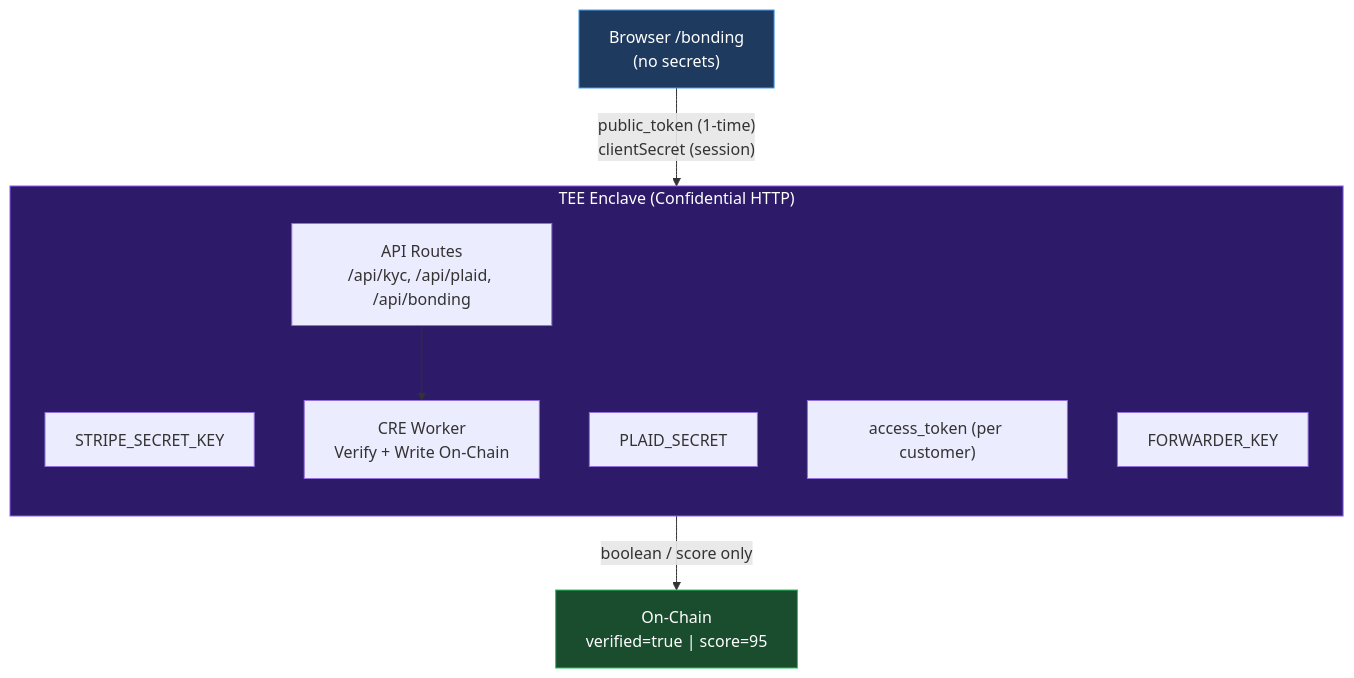
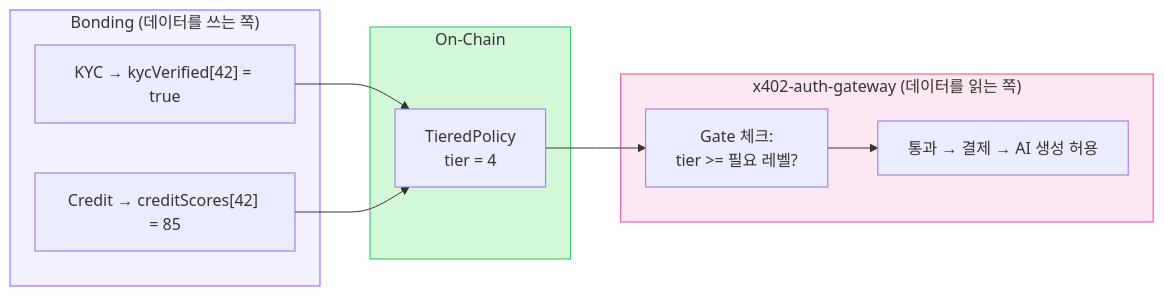
One commit to hihi-yessir/whitewall changed the sixth of 6 diagrams in docs/bonding-architecture.md. Above: the diagram before and after it, drawn with Mermaid. The commit also changed other lines of this file and 36 other files, not shown here.

Commit message:
replace bonding page with tryout flow, refactor demo to architecture viz

````diff
--- a/docs/bonding-architecture.md
+++ b/docs/bonding-architecture.md
@@ -180,23 +483,25 @@
 ```mermaid
-graph TB
-    subgraph TEE_BOX["TEE Enclave (Confidential HTTP)"]
-        direction TB
-        S1["STRIPE_SECRET_KEY"]
-        S2["PLAID_SECRET"]
-        S3["access_token (per customer)"]
-        S4["FORWARDER_KEY"]
-        API_BOX["API Routes<br/>/api/kyc, /api/plaid, /api/bonding"]
-        CRE_BOX["CRE Worker<br/>Verify + Write On-Chain"]
-        API_BOX --> CRE_BOX
+graph LR
+    subgraph Bonding["Bonding (데이터를 쓰는 쪽)"]
+        B1["KYC → kycVerified[42] = true"]
+        B2["Credit → creditScores[42] = 85"]
     end
 
-    BROWSER["Browser /bonding<br/>(no secrets)"]
-    CHAIN["On-Chain<br/>verified=true | score=95"]
+    subgraph Chain["On-Chain"]
+        TP["TieredPolicy<br/>tier = 4"]
+    end
 
-    BROWSER -->|"public_token (1-time)<br/>clientSecret (session)"| TEE_BOX
-    TEE_BOX -->|"boolean / score only"| CHAIN
+    subgraph X402["x402-auth-gateway (데이터를 읽는 쪽)"]
+        G1["Gate 체크:<br/>tier >= 필요 레벨?"]
+        G2["통과 → 결제 → AI 생성 허용"]
+    end
 
-    style TEE_BOX fill:#2d1b69,stroke:#8b5cf6,color:#fff
-    style BROWSER fill:#1e3a5f,stroke:#4a9eed,color:#fff
-    style CHAIN fill:#1a4d2e,stroke:#22c55e,color:#fff
+    B1 --> TP
+    B2 --> TP
+    TP --> G1
+    G1 --> G2
+
+    style Bonding fill:#f3f0ff,stroke:#8b5cf6
+    style Chain fill:#d3f9d8,stroke:#22c55e
+    style X402 fill:#fce7f3,stroke:#ec4899
 ```
````
